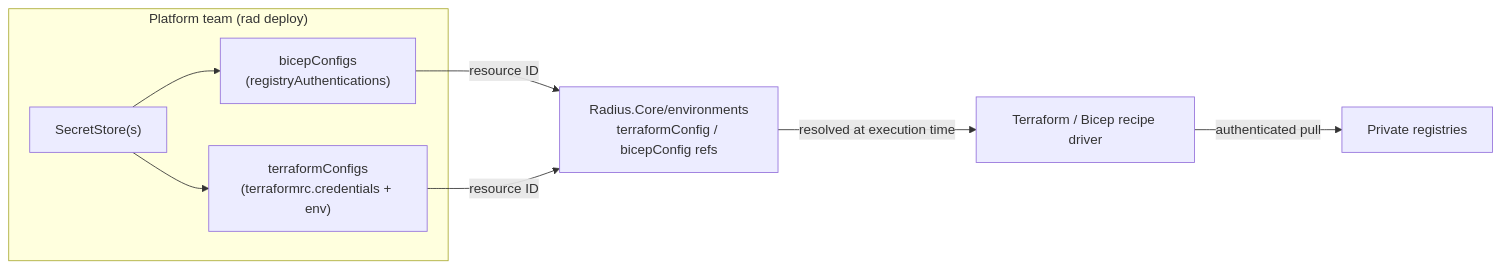
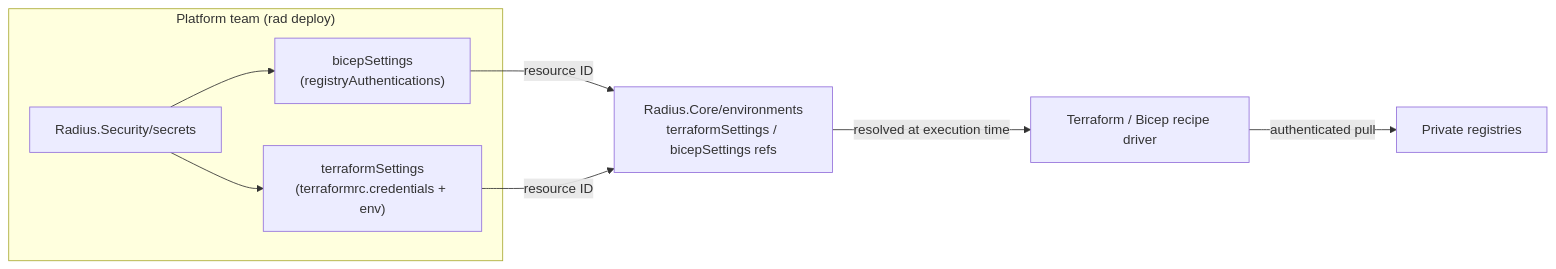
The diagram in docs/demos/private-registries-recipes/README.md (radius-project/radius), drawn with Mermaid before and after one commit. The commit also changed other lines of this file and 7 other files, not shown here.

Commit message:
Update private-registries demo for bicepSettings/terraformSettings + Radius.Security/secrets (PR #12303)

````diff
--- a/docs/demos/private-registries-recipes/README.md
+++ b/docs/demos/private-registries-recipes/README.md
@@ -326,17 +346,17 @@
 ```mermaid
 graph LR
     subgraph "Platform team (rad deploy)"
-        BC["bicepConfigs<br/>(registryAuthentications)"]
-        TC["terraformConfigs<br/>(terraformrc.credentials + env)"]
-        SS["SecretStore(s)"]
+        BC["bicepSettings<br/>(registryAuthentications)"]
+        TC["terraformSettings<br/>(terraformrc.credentials + env)"]
+        SS["Radius.Security/secrets"]
     end
-    ENV["Radius.Core/environments<br/>terraformConfig / bicepConfig refs"]
+    ENV["Radius.Core/environments<br/>terraformSettings / bicepSettings refs"]
     DRV["Terraform / Bicep recipe driver"]
 
     SS --> BC
     SS --> TC
     BC -->|resource ID| ENV
     TC -->|resource ID| ENV
     ENV -->|resolved at execution time| DRV
     DRV -->|authenticated pull| REG["Private registries"]
 ```
````
